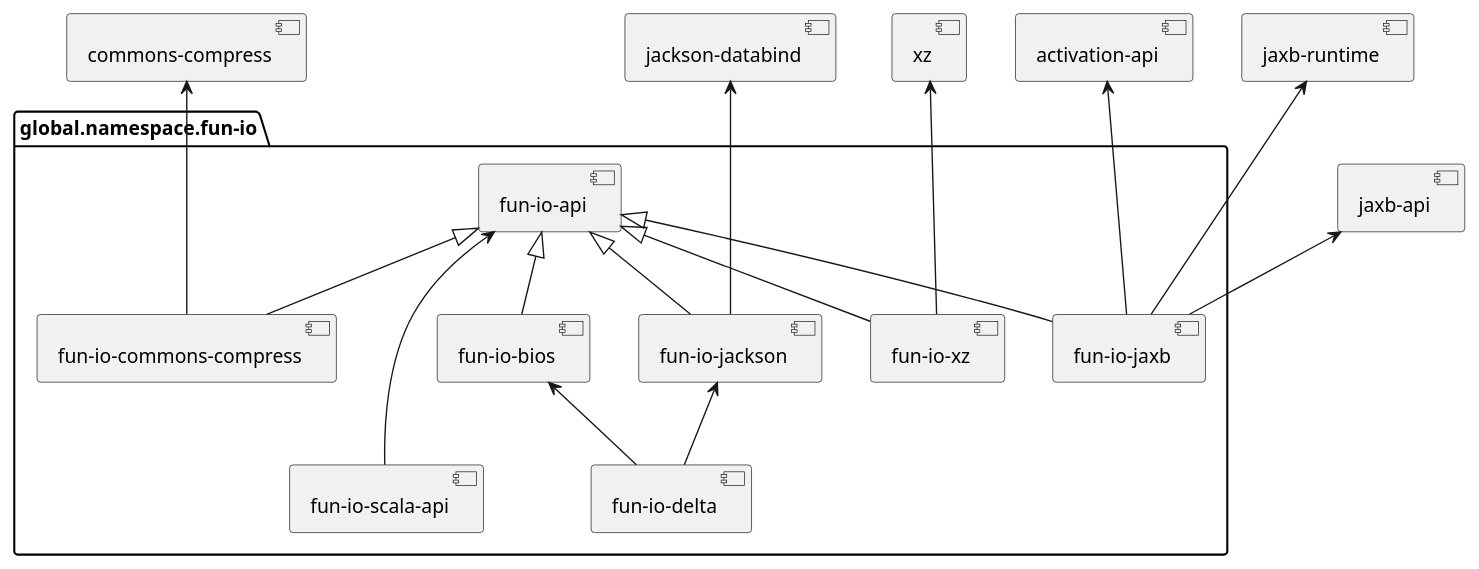
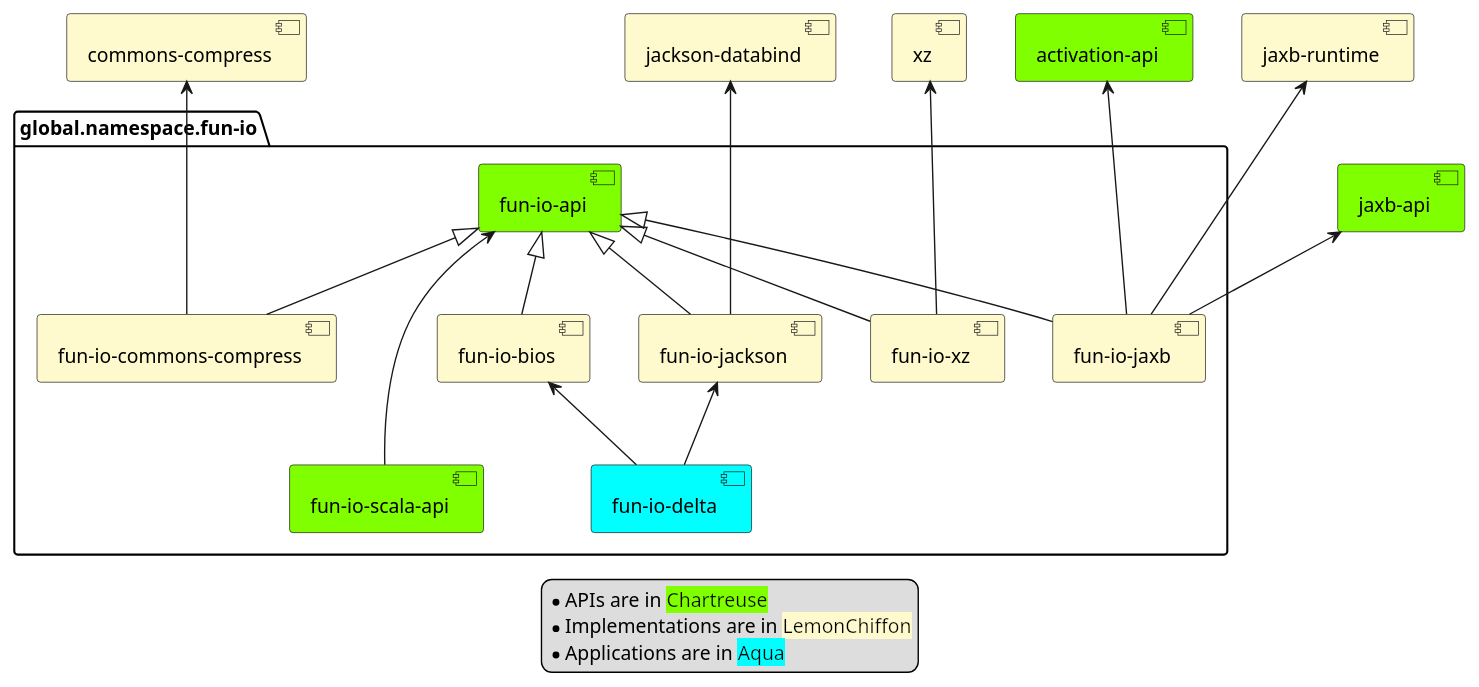
One commit to christian-schlichtherle/fun-io changed the diagram in webpack/module-structure.puml. Above: the diagram before and after it, drawn with PlantUML.

Commit message:
Adds colors to UML.

```diff
--- a/webpack/module-structure.puml
+++ b/webpack/module-structure.puml
@@ -1,25 +1,39 @@
 @startuml
 
 folder global.namespace.fun-io {
+    [fun-io-api] #Chartreuse
+    [fun-io-scala-api] #Chartreuse
+    [fun-io-delta] #Aqua
+
     [fun-io-api] <|-- [fun-io-bios]
     [fun-io-api] <|-- [fun-io-commons-compress]
     [fun-io-api] <|-- [fun-io-jackson]
     [fun-io-api] <|-- [fun-io-jaxb]
     [fun-io-api] <--- [fun-io-scala-api]
     [fun-io-api] <|-- [fun-io-xz]
 
     [fun-io-bios] <-- [fun-io-delta]
     [fun-io-jackson] <-- [fun-io-delta]
 }
 
 [commons-compress] <--- [fun-io-commons-compress]
 
 [jackson-databind] <--- [fun-io-jackson]
 
+[activation-api] #Chartreuse
 [activation-api] <--- [fun-io-jaxb]
 [jaxb-runtime] <--- [fun-io-jaxb]
+
+[jaxb-api] #Chartreuse
 [jaxb-api] <-- [fun-io-jaxb]
 
 [xz] <--- [fun-io-xz]
 
+legend
+* APIs are in <back:Chartreuse>Chartreuse</back>
+* Implementations are in <back:LemonChiffon>LemonChiffon</back>
+* Applications are in <back:Aqua>Aqua</back>
+end legend
+
+skinparam componentBackgroundColor LemonChiffon
 @enduml
```
